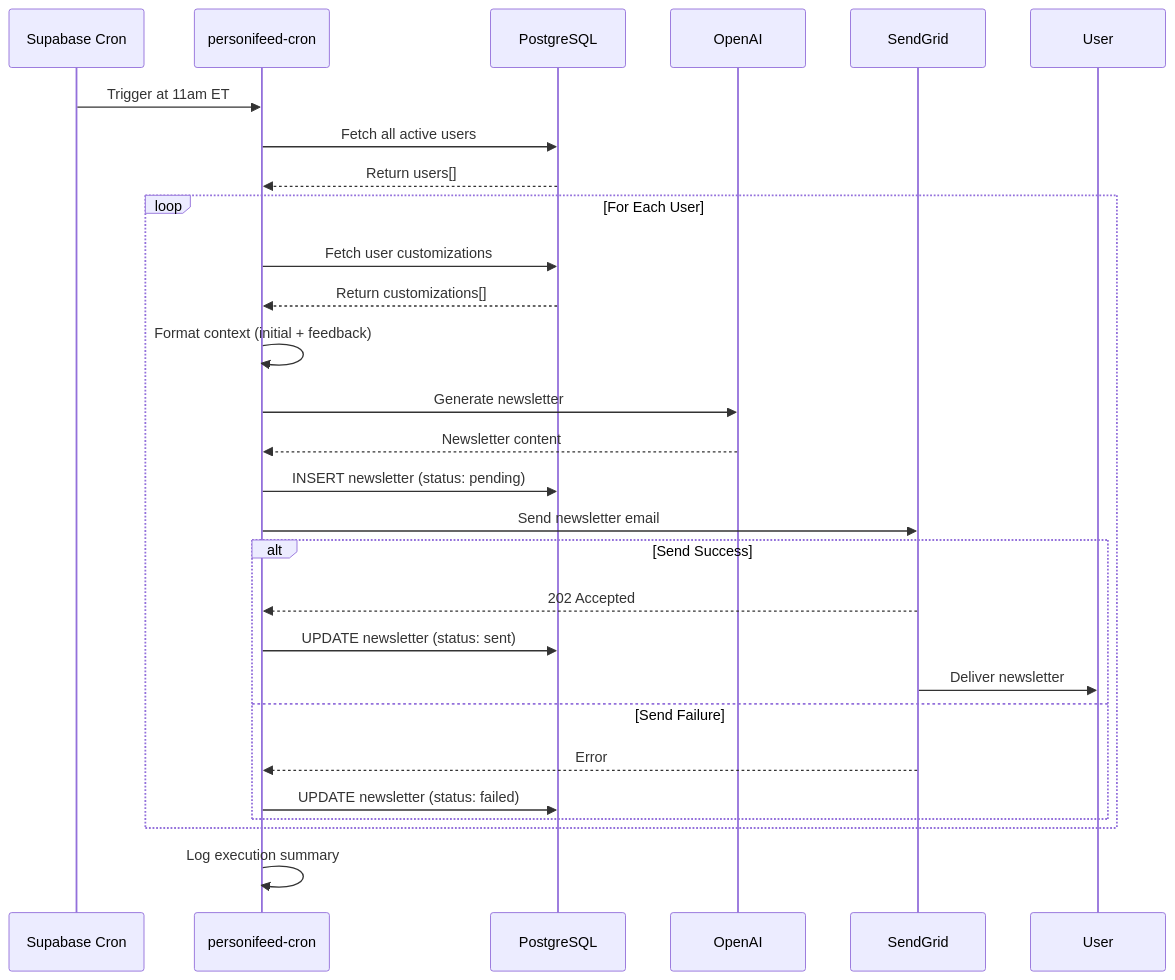
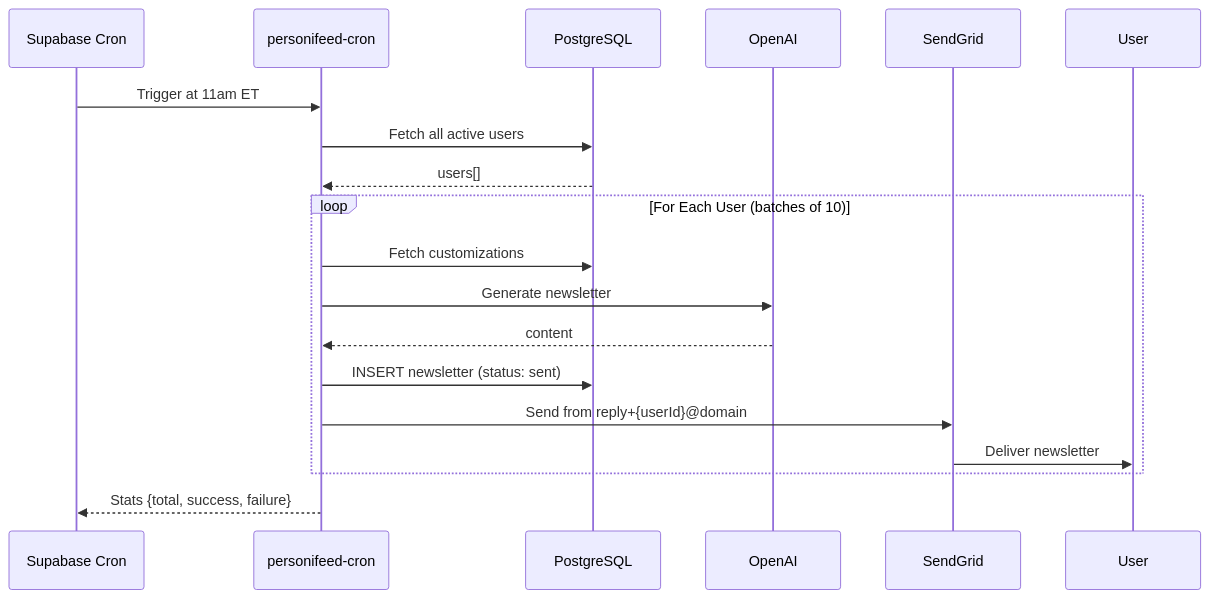
Before and after one commit to tgoc99/llmbox: the third of 4 diagrams in docs/personifeed-architecture.md, drawn with Mermaid. The commit also changed other lines of this file and 8 other files, not shown here.

````diff
--- a/docs/personifeed-architecture.md
+++ b/docs/personifeed-architecture.md
@@ -1053,36 +783,24 @@
 ```mermaid
 sequenceDiagram
     participant Cron as Supabase Cron
     participant CronFunc as personifeed-cron
-    participant Database as PostgreSQL
+    participant DB as PostgreSQL
     participant OpenAI
     participant SendGrid
     participant User
 
     Cron->>CronFunc: Trigger at 11am ET
-    CronFunc->>Database: Fetch all active users
-    Database-->>CronFunc: Return users[]
+    CronFunc->>DB: Fetch all active users
+    DB-->>CronFunc: users[]
 
-    loop For Each User
-        CronFunc->>Database: Fetch user customizations
-        Database-->>CronFunc: Return customizations[]
-
-        CronFunc->>CronFunc: Format context (initial + feedback)
+    loop For Each User (batches of 10)
+        CronFunc->>DB: Fetch customizations
         CronFunc->>OpenAI: Generate newsletter
-        OpenAI-->>CronFunc: Newsletter content
-
-        CronFunc->>Database: INSERT newsletter (status: pending)
-
-        CronFunc->>SendGrid: Send newsletter email
-        alt Send Success
-            SendGrid-->>CronFunc: 202 Accepted
-            CronFunc->>Database: UPDATE newsletter (status: sent)
-            SendGrid->>User: Deliver newsletter
-        else Send Failure
-            SendGrid-->>CronFunc: Error
-            CronFunc->>Database: UPDATE newsletter (status: failed)
-        end
+        OpenAI-->>CronFunc: content
+        CronFunc->>DB: INSERT newsletter (status: sent)
+        CronFunc->>SendGrid: Send from reply+{userId}@domain
+        SendGrid->>User: Deliver newsletter
     end
 
-    CronFunc->>CronFunc: Log execution summary
+    CronFunc-->>Cron: Stats {total, success, failure}
 ```
````
